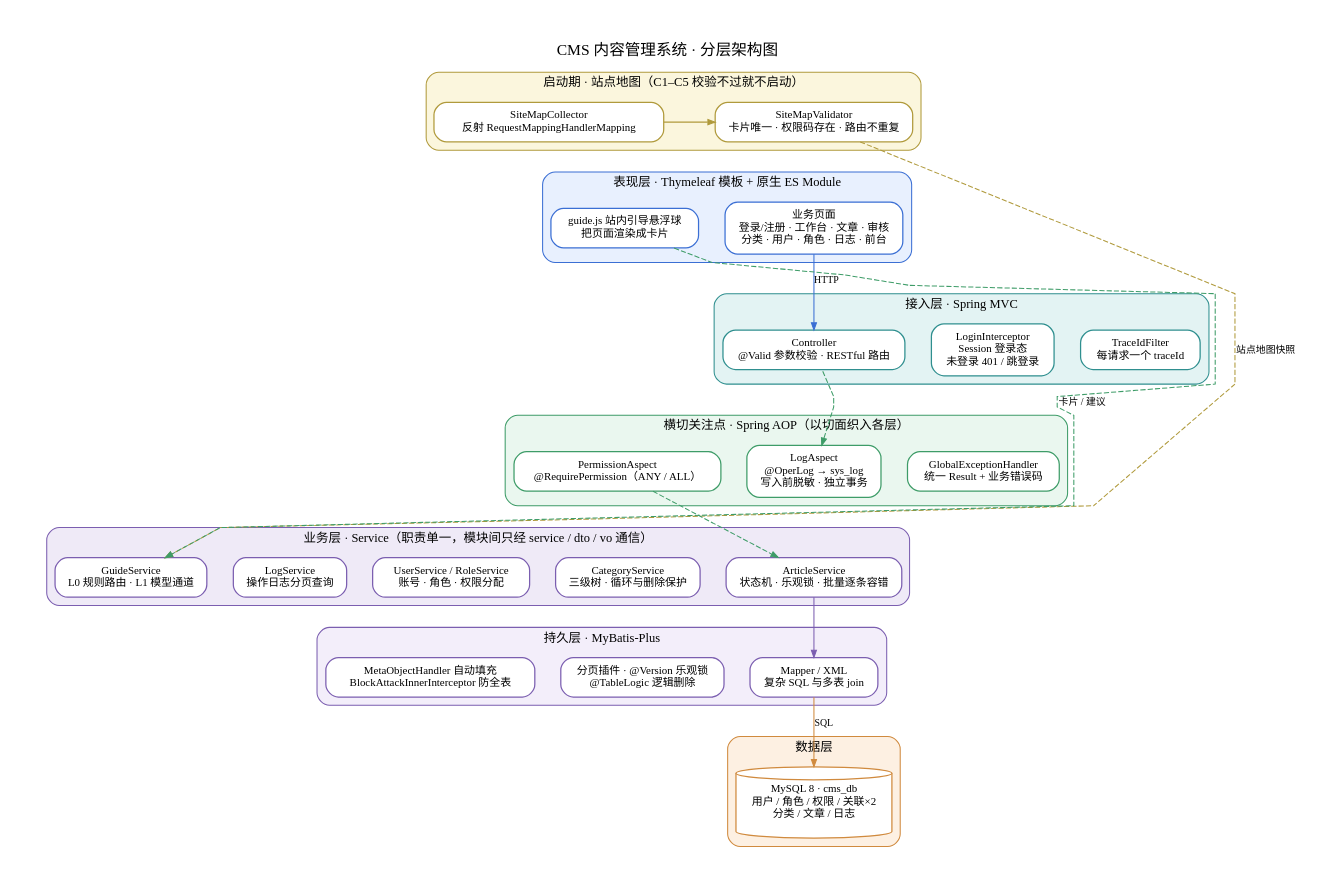
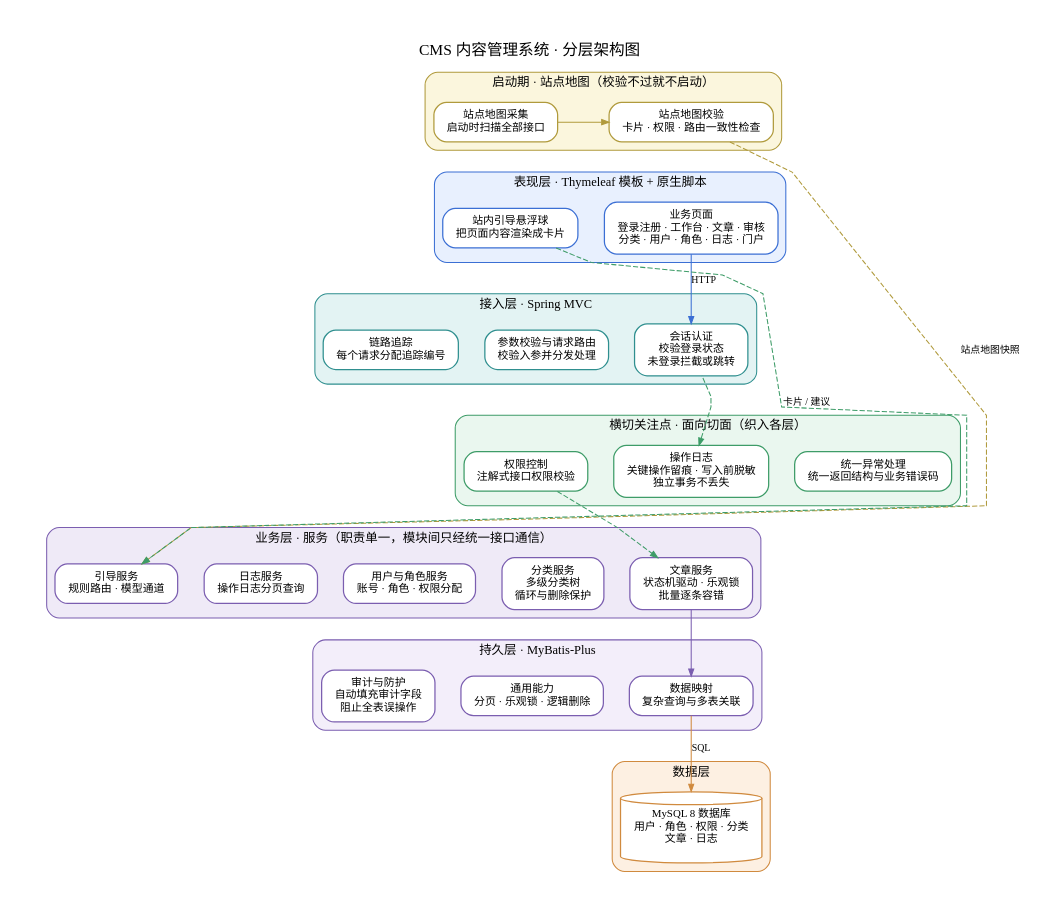
One commit to yunqitianxiao/cms-agent changed the diagram in docs/design/diagrams/layered-architecture.dot. Above: the diagram before and after it, drawn with Graphviz. The commit also changed 2 other files, not shown here.

Commit message:
docs(report): 分层架构图去英文接口名，以中文阐明各层职责，保留关键机制

```diff
--- a/docs/design/diagrams/layered-architecture.dot
+++ b/docs/design/diagrams/layered-architecture.dot
@@ -1,103 +1,103 @@
 digraph LayeredArchitecture {
   rankdir=TB;
   graph [fontname="Microsoft YaHei", fontsize=15, labelloc=t,
          label="CMS 内容管理系统 · 分层架构图",
          nodesep=0.35, ranksep=0.55, pad=0.4, compound=true, splines=polyline];
   node [fontname="Microsoft YaHei", fontsize=10.5, shape=box,
         style="rounded,filled", fillcolor="#FFFFFF", penwidth=1.2,
         margin="0.16,0.10"];
   edge [fontname="Microsoft YaHei", fontsize=9.5, arrowsize=0.7, penwidth=1.0];
 
   /* ============ 启动期 · 站点地图 ============ */
   subgraph cluster_bootstrap {
-    label="启动期 · 站点地图（C1–C5 校验不过就不启动）";
+    label="启动期 · 站点地图（校验不过就不启动）";
     fontsize=12; color="#B09A3C"; fillcolor="#FBF6DD"; style="rounded,filled";
     node [color="#B09A3C"];
-    collector [label="SiteMapCollector\n反射 RequestMappingHandlerMapping"];
-    validator [label="SiteMapValidator\n卡片唯一 · 权限码存在 · 路由不重复"];
+    collector [label="站点地图采集\n启动时扫描全部接口"];
+    validator [label="站点地图校验\n卡片 · 权限 · 路由一致性检查"];
     collector -> validator [color="#B09A3C"];
     { rank=same; collector; validator; }
   }
 
   /* ============ 表现层 ============ */
   subgraph cluster_view {
-    label="表现层 · Thymeleaf 模板 + 原生 ES Module";
+    label="表现层 · Thymeleaf 模板 + 原生脚本";
     fontsize=12; color="#3B6FD4"; fillcolor="#E8F0FE"; style="rounded,filled";
     node [color="#3B6FD4"];
-    view_pages [label="业务页面\n登录/注册 · 工作台 · 文章 · 审核\n分类 · 用户 · 角色 · 日志 · 前台"];
-    guide_js  [label="guide.js 站内引导悬浮球\n把页面渲染成卡片"];
-    { rank=same; view_pages; guide_js; }
+    view_pages [label="业务页面\n登录注册 · 工作台 · 文章 · 审核\n分类 · 用户 · 角色 · 日志 · 门户"];
+    guide_ball [label="站内引导悬浮球\n把页面内容渲染成卡片"];
+    { rank=same; view_pages; guide_ball; }
   }
 
   /* ============ 接入层 ============ */
   subgraph cluster_mvc {
     label="接入层 · Spring MVC";
     fontsize=12; color="#2F8F8F"; fillcolor="#E3F3F3"; style="rounded,filled";
     node [color="#2F8F8F"];
-    trace_filter [label="TraceIdFilter\n每请求一个 traceId"];
-    login_inter  [label="LoginInterceptor\nSession 登录态\n未登录 401 / 跳登录"];
-    controller   [label="Controller\n@Valid 参数校验 · RESTful 路由"];
-    { rank=same; trace_filter; login_inter; controller; }
+    auth      [label="会话认证\n校验登录状态\n未登录拦截或跳转"];
+    checkroute [label="参数校验与请求路由\n校验入参并分发处理"];
+    trace     [label="链路追踪\n每个请求分配追踪编号"];
+    { rank=same; auth; checkroute; trace; }
   }
 
-  /* ============ 横切关注点 · Spring AOP ============ */
+  /* ============ 横切关注点 · 切面 ============ */
   subgraph cluster_aop {
-    label="横切关注点 · Spring AOP（以切面织入各层）";
+    label="横切关注点 · 面向切面（织入各层）";
     fontsize=12; color="#3E9C68"; fillcolor="#EAF7EF"; style="rounded,filled";
     node [color="#3E9C68"];
-    gex         [label="GlobalExceptionHandler\n统一 Result + 业务错误码"];
-    log_aspect  [label="LogAspect\n@OperLog → sys_log\n写入前脱敏 · 独立事务"];
-    perm_aspect [label="PermissionAspect\n@RequirePermission（ANY / ALL）"];
+    gex        [label="统一异常处理\n统一返回结构与业务错误码"];
+    log_aspect [label="操作日志\n关键操作留痕 · 写入前脱敏\n独立事务不丢失"];
+    perm_aspect [label="权限控制\n注解式接口权限校验"];
     { rank=same; gex; log_aspect; perm_aspect; }
   }
 
   /* ============ 业务层 ============ */
   subgraph cluster_service {
-    label="业务层 · Service（职责单一，模块间只经 service / dto / vo 通信）";
+    label="业务层 · 服务（职责单一，模块间只经统一接口通信）";
     fontsize=12; color="#7B5EB0"; fillcolor="#EFEAF7"; style="rounded,filled";
     node [color="#7B5EB0"];
-    article_svc  [label="ArticleService\n状态机 · 乐观锁 · 批量逐条容错"];
-    category_svc [label="CategoryService\n三级树 · 循环与删除保护"];
-    user_svc     [label="UserService / RoleService\n账号 · 角色 · 权限分配"];
-    log_svc      [label="LogService\n操作日志分页查询"];
-    guide_svc    [label="GuideService\nL0 规则路由 · L1 模型通道"];
+    article_svc  [label="文章服务\n状态机驱动 · 乐观锁\n批量逐条容错"];
+    category_svc [label="分类服务\n多级分类树\n循环与删除保护"];
+    user_svc     [label="用户与角色服务\n账号 · 角色 · 权限分配"];
+    log_svc      [label="日志服务\n操作日志分页查询"];
+    guide_svc    [label="引导服务\n规则路由 · 模型通道"];
     { rank=same; article_svc; category_svc; user_svc; log_svc; guide_svc; }
   }
 
   /* ============ 持久层 ============ */
   subgraph cluster_persistence {
     label="持久层 · MyBatis-Plus";
     fontsize=12; color="#7B5EB0"; fillcolor="#F3EEFA"; style="rounded,filled";
     node [color="#7B5EB0"];
-    mapper   [label="Mapper / XML\n复杂 SQL 与多表 join"];
-    plugins  [label="分页插件 · @Version 乐观锁\n@TableLogic 逻辑删除"];
-    handlers [label="MetaObjectHandler 自动填充\nBlockAttackInnerInterceptor 防全表"];
-    { rank=same; mapper; plugins; handlers; }
+    mapping  [label="数据映射\n复杂查询与多表关联"];
+    common   [label="通用能力\n分页 · 乐观锁 · 逻辑删除"];
+    audit    [label="审计与防护\n自动填充审计字段\n阻止全表误操作"];
+    { rank=same; mapping; common; audit; }
   }
 
   /* ============ 数据层 ============ */
   subgraph cluster_data {
     label="数据层";
     fontsize=12; color="#D08A3E"; fillcolor="#FDF0E2"; style="rounded,filled";
     node [color="#D08A3E"];
-    db [label="MySQL 8 · cms_db\n用户 / 角色 / 权限 / 关联×2\n分类 / 文章 / 日志", shape=cylinder];
+    db [label="MySQL 8 数据库\n用户 · 角色 · 权限 · 分类\n文章 · 日志", shape=cylinder];
   }
 
   /* ============ 主链：锚定垂直顺序（含不可见边） ============ */
   validator -> view_pages   [style=invis];
-  view_pages -> controller  [color="#3B6FD4", label="HTTP"];
-  controller -> log_aspect  [style=invis];
+  view_pages -> auth         [color="#3B6FD4", label="HTTP"];
+  auth -> log_aspect        [style=invis];
   log_aspect -> article_svc [style=invis];
-  article_svc -> mapper     [color="#7B5EB0"];
-  mapper -> db              [color="#D08A3E", label="SQL"];
+  article_svc -> mapping    [color="#7B5EB0"];
+  mapping -> db             [color="#D08A3E", label="SQL"];
 
   /* ============ 语义关系（虚线，不影响布局） ============ */
-  guide_js -> guide_svc [style=dashed, color="#3E9C68",
-                         label="卡片 / 建议", constraint=false];
+  guide_ball -> guide_svc [style=dashed, color="#3E9C68",
+                           label="卡片 / 建议", constraint=false];
   validator -> guide_svc [style=dashed, color="#B09A3C",
                           label="站点地图快照", constraint=false];
-  log_aspect -> controller [style=dashed, color="#3E9C68",
-                            dir=back, constraint=false];
+  log_aspect -> auth [style=dashed, color="#3E9C68",
+                      dir=back, constraint=false];
   perm_aspect -> article_svc [style=dashed, color="#3E9C68",
                               constraint=false];
 }
```
